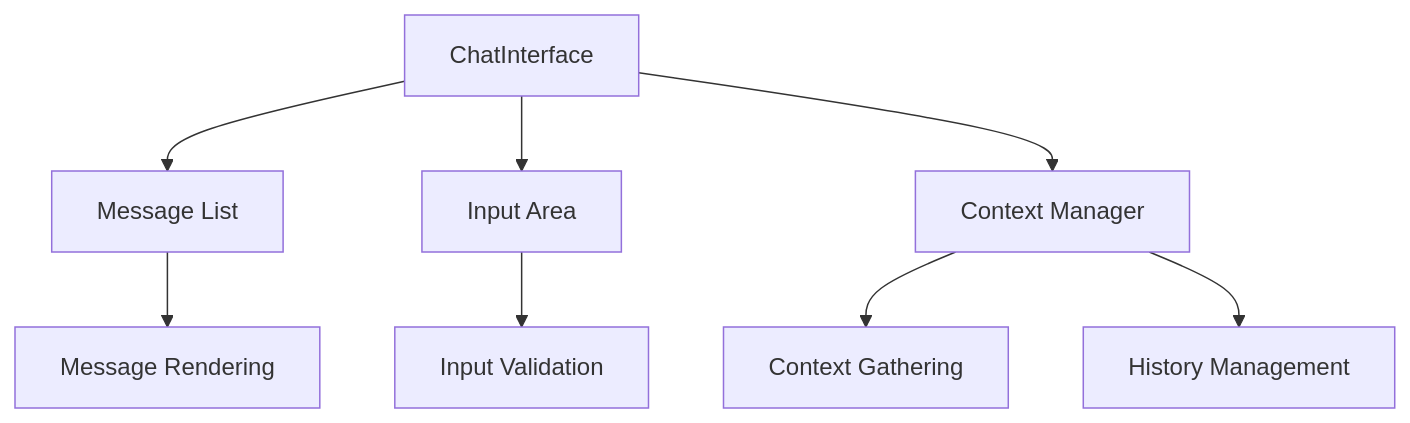
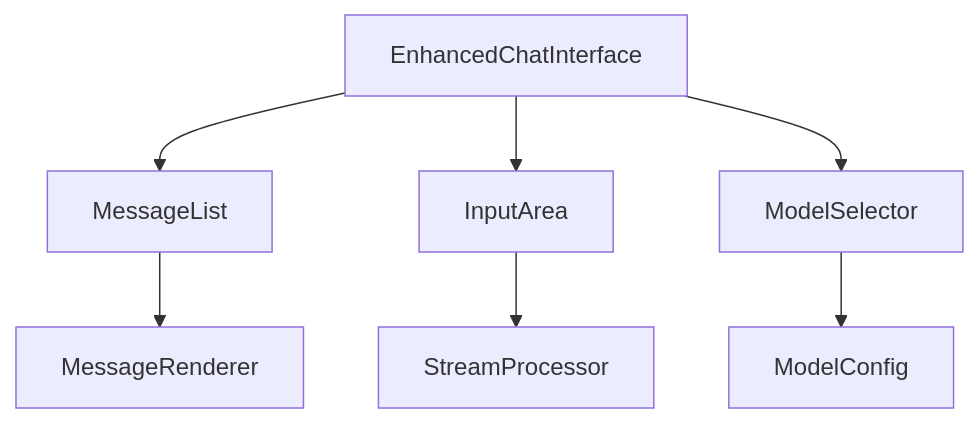
One commit to SimoKiihamaki/cognicore changed the third of 11 diagrams in docs/components.md. Above: the diagram before and after it, drawn with Mermaid. The commit also changed other lines of this file and 129 other files, not shown here.

````diff
--- a/docs/components.md
+++ b/docs/components.md
@@ -57,10 +58,9 @@
 ```mermaid
 graph TD
-    A[ChatInterface] --> B[Message List]
-    A --> C[Input Area]
-    A --> D[Context Manager]
-    B --> E[Message Rendering]
-    C --> F[Input Validation]
-    D --> G[Context Gathering]
-    D --> H[History Management]
+    A[EnhancedChatInterface] --> B[MessageList]
+    A --> C[InputArea]
+    A --> D[ModelSelector]
+    B --> E[MessageRenderer]
+    C --> F[StreamProcessor]
+    D --> G[ModelConfig]
 ```
````
